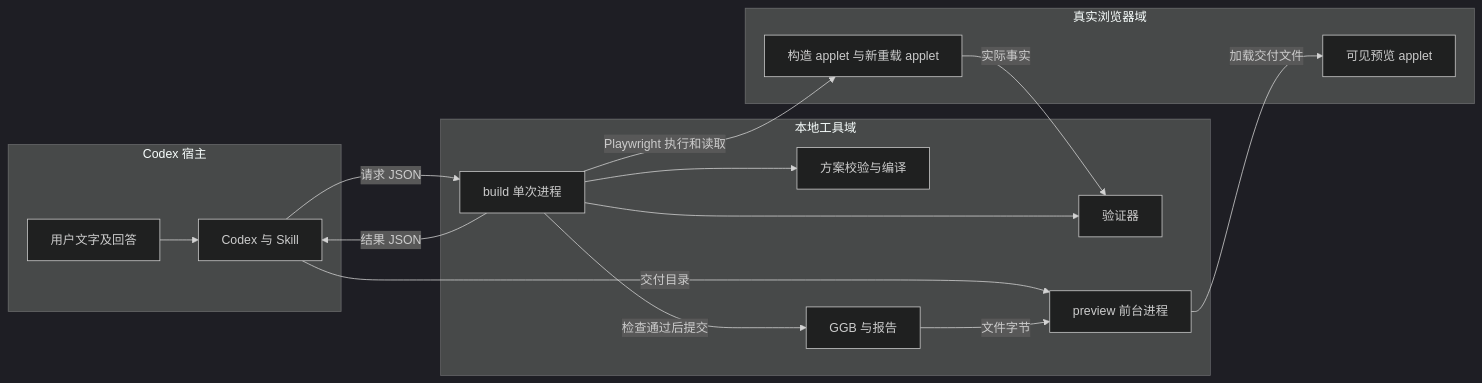
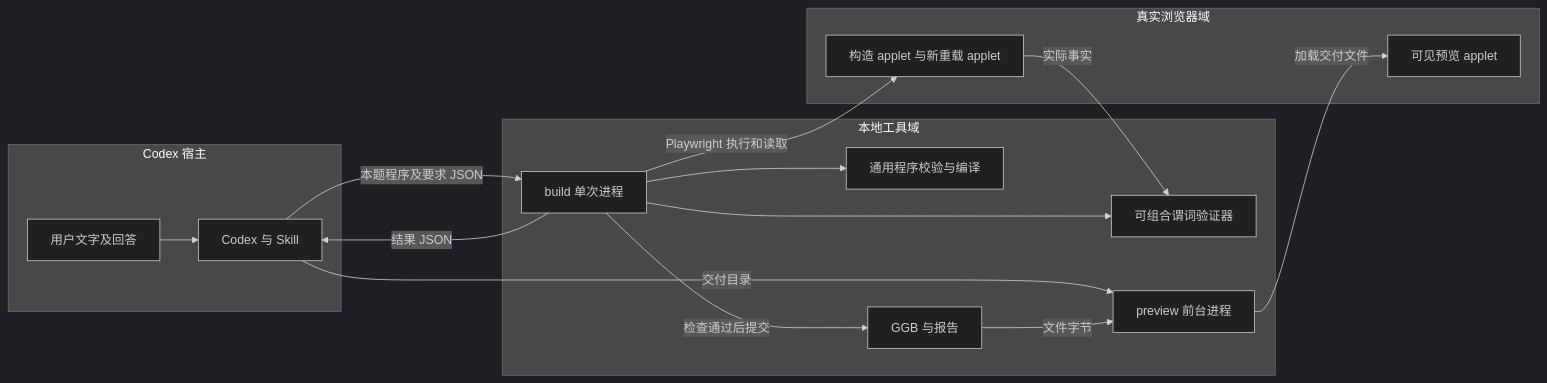
The first of 3 diagrams in docs/ggb-plugins-design.md (Jack7510/ggb-plugins), drawn with Mermaid (dark theme) before and after one commit. The commit also changed other lines of this file and 3 other files, not shown here.

````diff
--- a/docs/ggb-plugins-design.md
+++ b/docs/ggb-plugins-design.md
@@ -91,27 +107,27 @@
 ```mermaid
 flowchart LR
   subgraph Host[Codex 宿主]
     U[用户文字及回答] --> C[Codex 与 Skill]
   end
   subgraph Local[本地工具域]
     B[build 单次进程]
-    S[方案校验与编译]
-    V[验证器]
+    S[通用程序校验与编译]
+    V[可组合谓词验证器]
     D[GGB 与报告]
     P[preview 前台进程]
-    C -->|请求 JSON| B
+    C -->|本题程序及要求 JSON| B
     B --> S
     B --> V
     B -->|检查通过后提交| D
     C -->|交付目录| P
     D -->|文件字节| P
   end
   subgraph Browser[真实浏览器域]
     A[构造 applet 与新重载 applet]
     W[可见预览 applet]
     B -->|Playwright 执行和读取| A
     A -->|实际事实| V
     P -->|加载交付文件| W
   end
   B -->|结果 JSON| C
 ```
````
